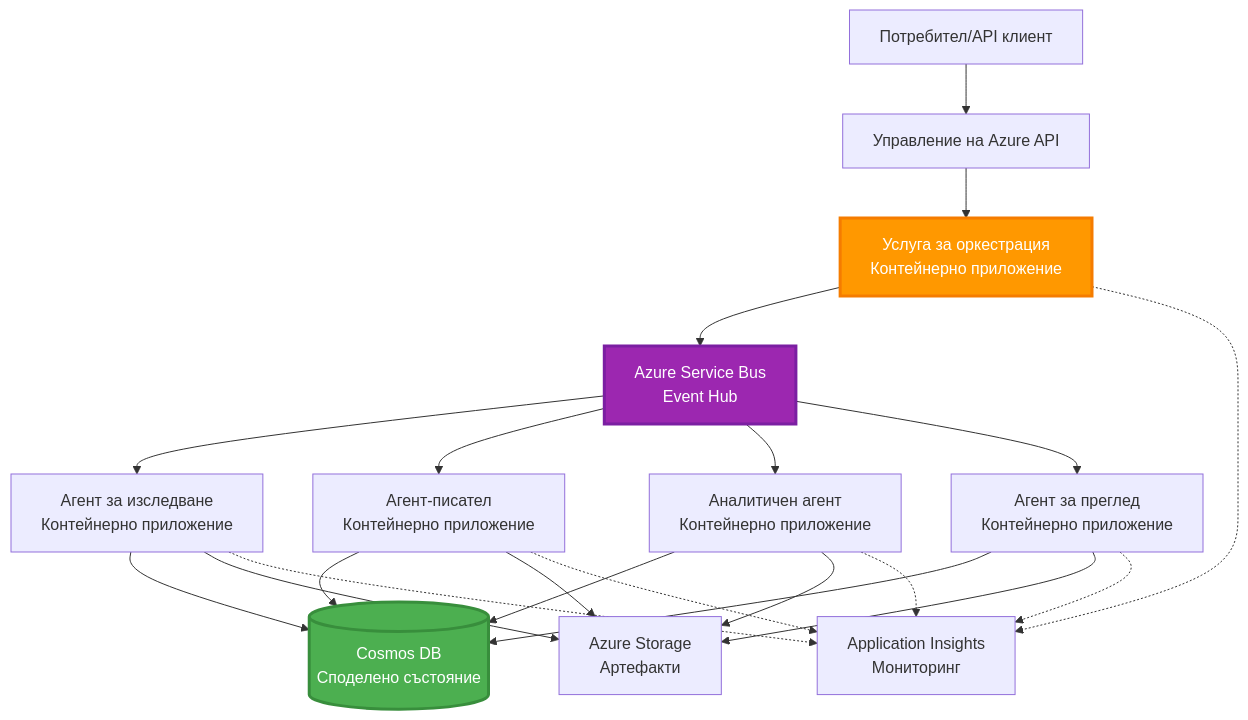
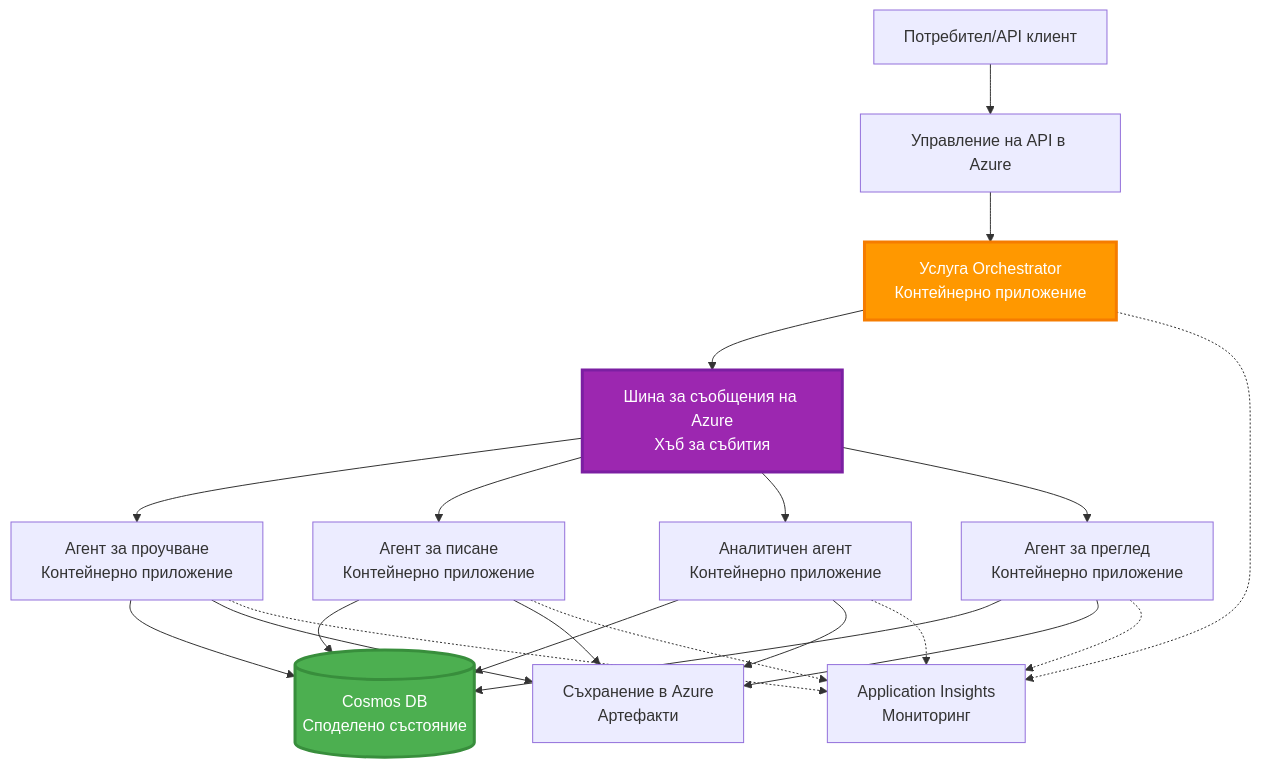
The sixth of 6 diagrams in translations/bg/docs/chapter-06-pre-deployment/coordination-patterns.md (microsoft/AZD-for-beginners), drawn with Mermaid before and after one commit. The commit also changed other lines of this file and 101 other files, not shown here.

````diff
--- a/translations/bg/docs/chapter-06-pre-deployment/coordination-patterns.md
+++ b/translations/bg/docs/chapter-06-pre-deployment/coordination-patterns.md
@@ -272,45 +265,45 @@
 ```mermaid
 graph TB
     User[Потребител/API клиент]
-    APIM[Управление на Azure API]
-    Orchestrator[Услуга за оркестрация<br/>Контейнерно приложение]
-    ServiceBus[Azure Service Bus<br/>Event Hub]
+    APIM[Управление на API в Azure]
+    Orchestrator[Услуга Orchestrator<br/>Контейнерно приложение]
+    ServiceBus[Шина за съобщения на Azure<br/>Хъб за събития]
     
-    Agent1[Агент за изследване<br/>Контейнерно приложение]
-    Agent2[Агент-писател<br/>Контейнерно приложение]
+    Agent1[Агент за проучване<br/>Контейнерно приложение]
+    Agent2[Агент за писане<br/>Контейнерно приложение]
     Agent3[Аналитичен агент<br/>Контейнерно приложение]
     Agent4[Агент за преглед<br/>Контейнерно приложение]
     
     CosmosDB[(Cosmos DB<br/>Споделено състояние)]
-    Storage[Azure Storage<br/>Артефакти]
+    Storage[Съхранение в Azure<br/>Артефакти]
     AppInsights[Application Insights<br/>Мониторинг]
     
     User --> APIM
     APIM --> Orchestrator
     
     Orchestrator --> ServiceBus
     ServiceBus --> Agent1
     ServiceBus --> Agent2
     ServiceBus --> Agent3
     ServiceBus --> Agent4
     
     Agent1 --> CosmosDB
     Agent2 --> CosmosDB
     Agent3 --> CosmosDB
     Agent4 --> CosmosDB
     
     Agent1 --> Storage
     Agent2 --> Storage
     Agent3 --> Storage
     Agent4 --> Storage
     
     Orchestrator -.-> AppInsights
     Agent1 -.-> AppInsights
     Agent2 -.-> AppInsights
     Agent3 -.-> AppInsights
     Agent4 -.-> AppInsights
     
     style Orchestrator fill:#FF9800,stroke:#F57C00,stroke-width:3px,color:#fff
     style ServiceBus fill:#9C27B0,stroke:#7B1FA2,stroke-width:3px,color:#fff
     style CosmosDB fill:#4CAF50,stroke:#388E3C,stroke-width:3px,color:#fff
 ```
````
